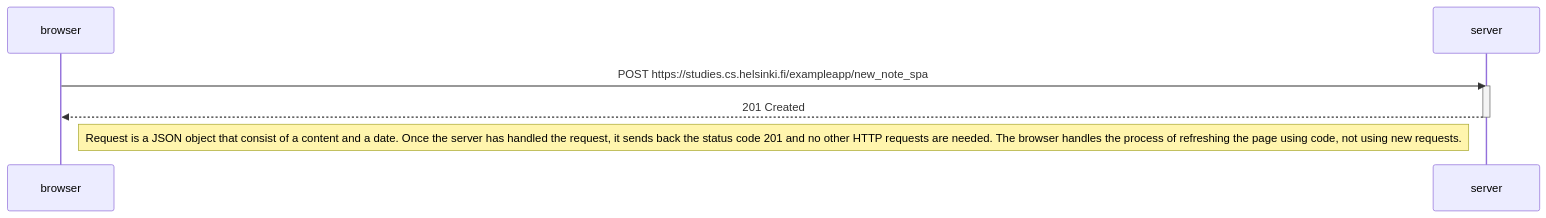
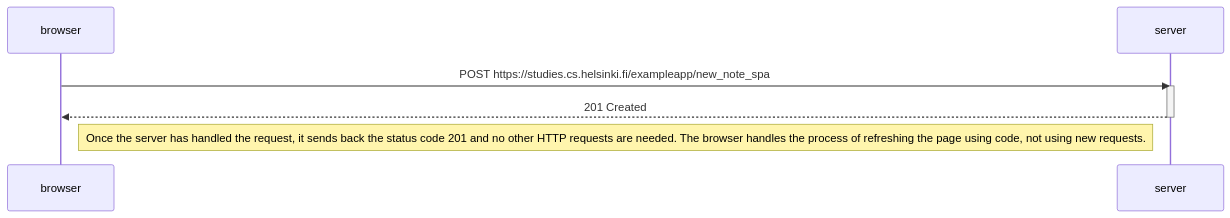
One commit to KPkoodit/FullStackOpen changed the diagram in osa0/UusiMuistiinpano06/kaavio06.md. Above: the diagram before and after it, drawn with Mermaid.

````diff
--- a/osa0/UusiMuistiinpano06/kaavio06.md
+++ b/osa0/UusiMuistiinpano06/kaavio06.md
@@ -1,12 +1,12 @@
 ```mermaid
 sequenceDiagram
     participant browser
     participant server
 
     browser->>server: POST https://studies.cs.helsinki.fi/exampleapp/new_note_spa
     activate server
     server-->>browser: 201 Created
     deactivate server
 
-    Note right of browser: Request is a JSON object that consist of a content and a date. Once the server has handled the request, it sends back the status code 201 and no other HTTP requests are needed. The browser handles the process of refreshing the page using code, not using new requests.
+    Note right of browser: Once the server has handled the request, it sends back the status code 201 and no other HTTP requests are needed. The browser handles the process of refreshing the page using code, not using new requests.
 ```
````
